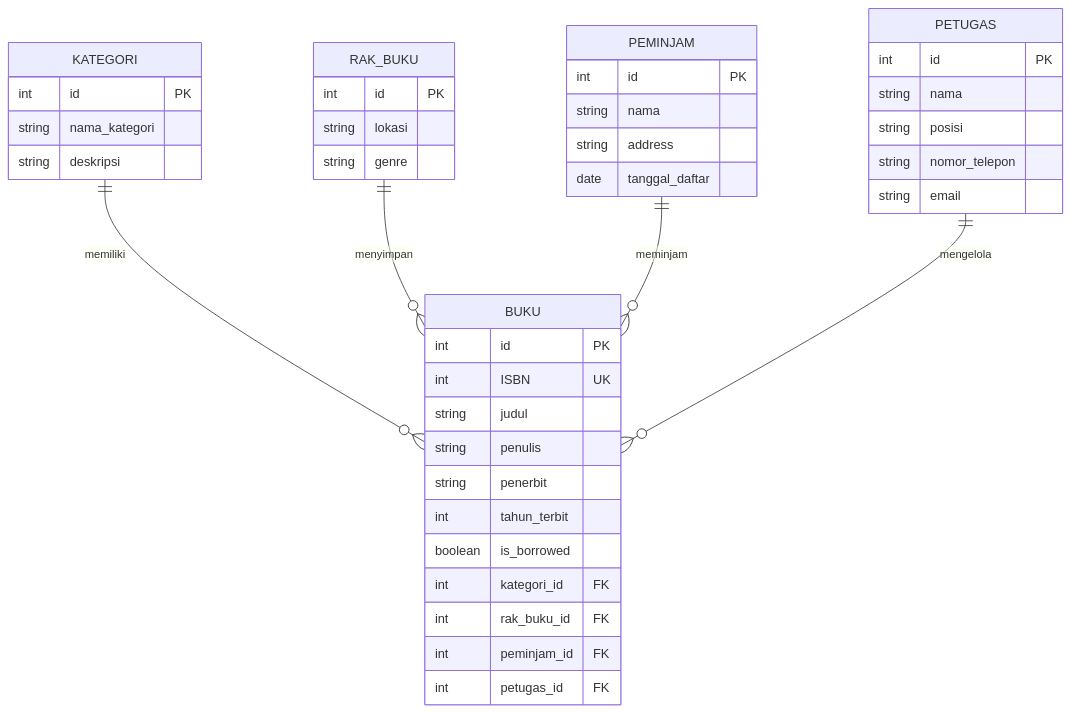
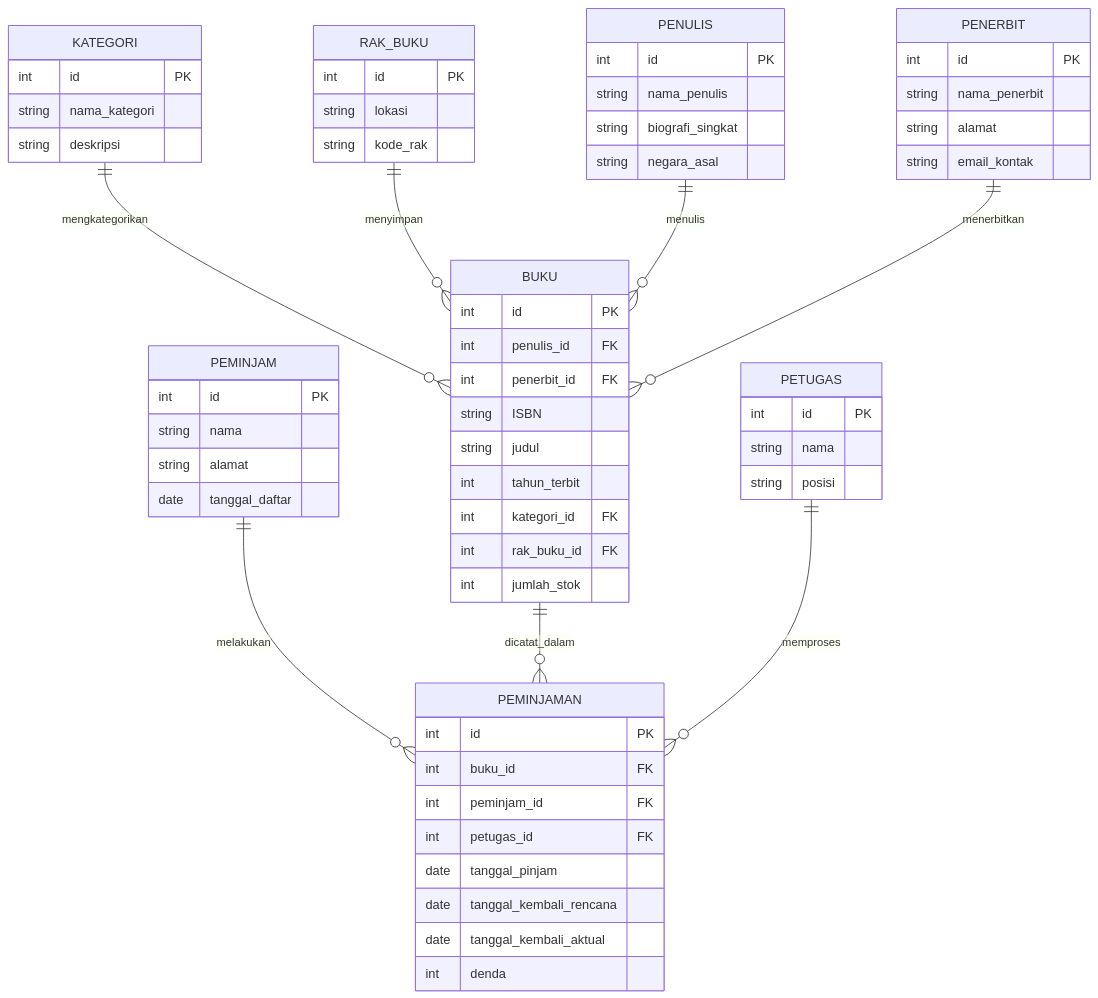
Before and after one commit to makarim22/koda-b6-db1: the diagram in README.MD, drawn with Mermaid.

Commit message:
feat : update ERD

````diff
--- a/README.MD
+++ b/README.MD
@@ -1,49 +1,72 @@
 ``` mermaid
 erDiagram
-     KATEGORI ||--o{ BUKU : memiliki
+    KATEGORI ||--o{ BUKU : mengkategorikan
     RAK_BUKU ||--o{ BUKU : menyimpan
-    PEMINJAM ||--o{ BUKU : meminjam
-    PETUGAS ||--o{ BUKU : mengelola
+    PEMINJAM ||--o{ PEMINJAMAN : melakukan
+    BUKU ||--o{ PEMINJAMAN : dicatat_dalam
+    PETUGAS ||--o{ PEMINJAMAN : memproses
+    PENULIS ||--o{ BUKU : menulis
+    PENERBIT ||--o{ BUKU : menerbitkan
 
-BUKU {
-    int id PK
-    int ISBN UK
-    string judul
-    string penulis
-    string penerbit
-    int tahun_terbit
-    boolean is_borrowed
-    int kategori_id FK
-    int rak_buku_id FK
-    int peminjam_id FK
-    int petugas_id FK
-}
+    BUKU {
+        int id PK
+        int penulis_id FK  
+        int penerbit_id FK
+        string ISBN
+        string judul
+        int tahun_terbit
+        int kategori_id FK
+        int rak_buku_id FK
+        int jumlah_stok 
+    }
 
-KATEGORI {
-    int id PK
-    string nama_kategori
-    string deskripsi
-}
+    PENULIS {
+        int id PK
+        string nama_penulis
+        string biografi_singkat
+        string negara_asal
+    }
 
-RAK_BUKU {
-    int id PK
-    string lokasi
-    string genre
-}
+    PENERBIT {
+        int id PK
+        string nama_penerbit
+        string alamat
+        string email_kontak
+    }
 
-PEMINJAM {
- int id PK
- string nama
- string address
- date tanggal_daftar
+    KATEGORI {
+        int id PK
+        string nama_kategori
+        string deskripsi
+    }
 
-}
+    RAK_BUKU {
+        int id PK
+        string lokasi 
+        string kode_rak
+    }
 
-PETUGAS {
- int id PK
- string nama
- string posisi
- string nomor_telepon
- string email
-}
+    PEMINJAM {
+        int id PK
+        string nama
+        string alamat
+        date tanggal_daftar
+    }
+
+    PETUGAS {
+        int id PK
+        string nama
+        string posisi
+    }
+
+    PEMINJAMAN {
+        int id PK
+        int buku_id FK
+        int peminjam_id FK
+        int petugas_id FK
+        date tanggal_pinjam
+        date tanggal_kembali_rencana
+        date tanggal_kembali_aktual
+        int denda
+    }
 ```
````
